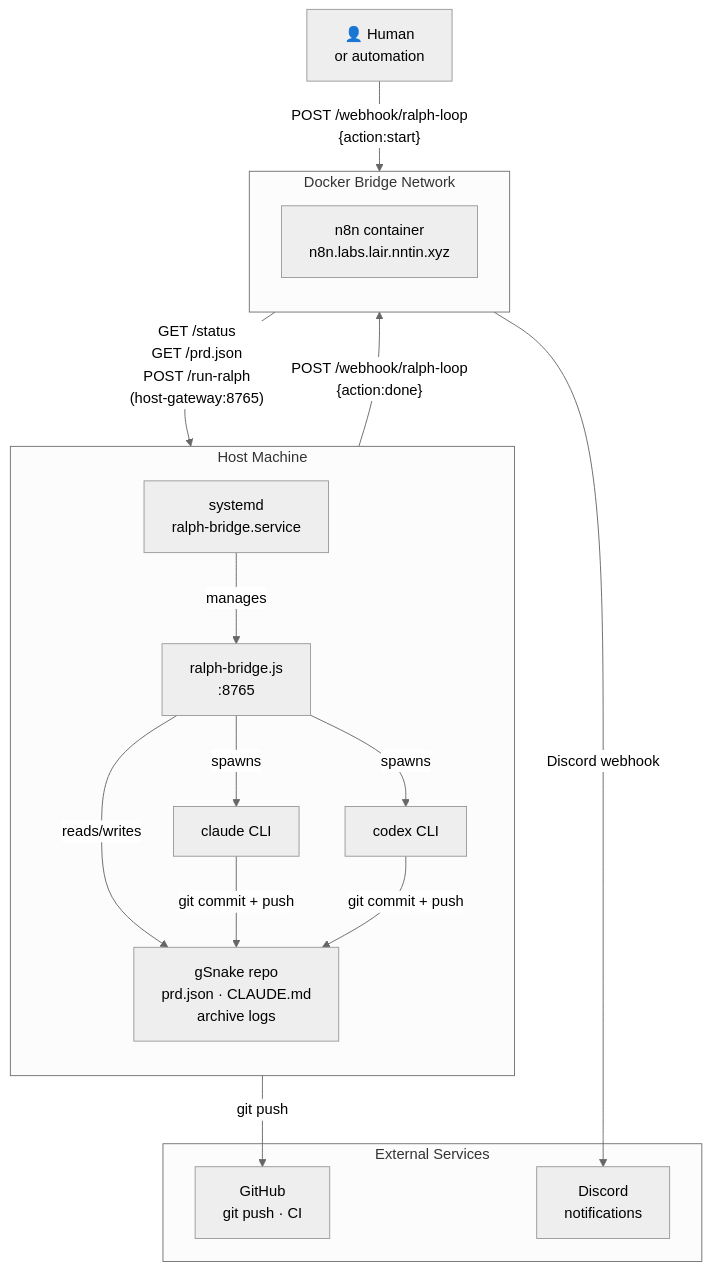
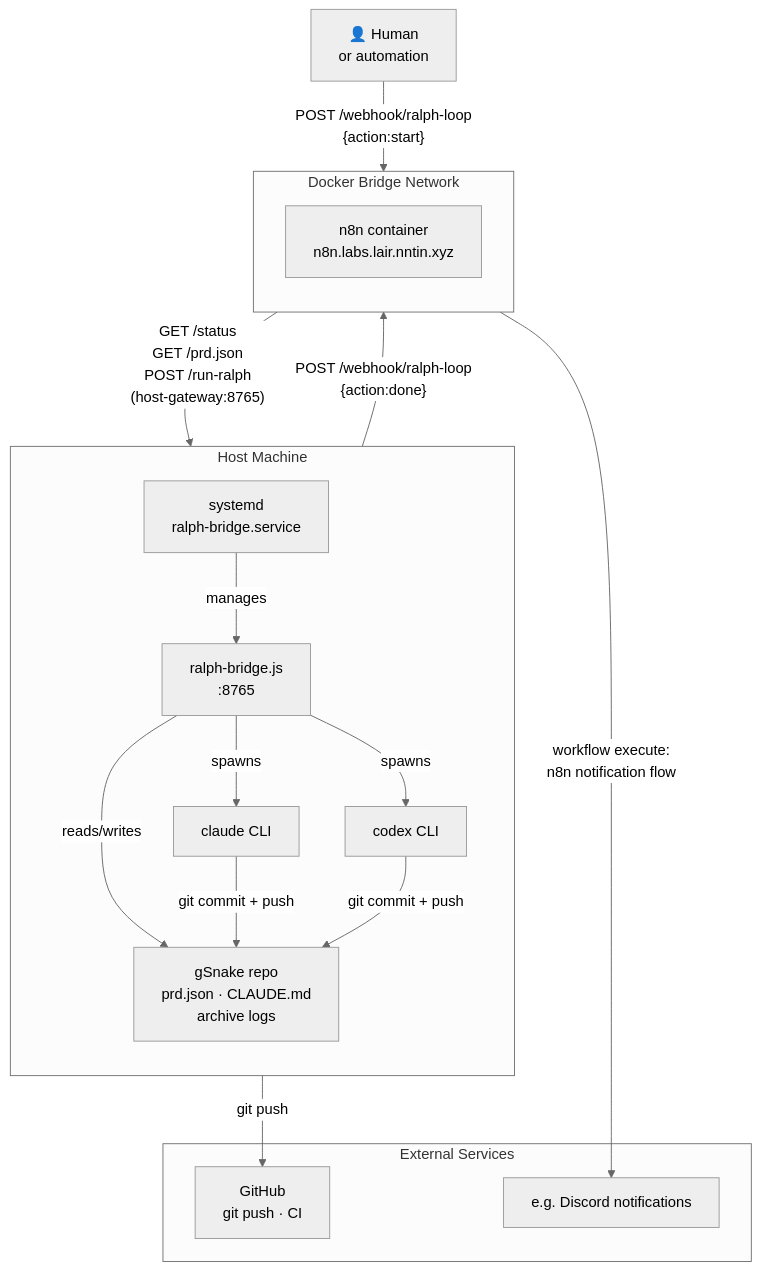
One commit to NNTin/gsnake-specs changed the first of 8 diagrams in ralph-loop/architecture.md. Above: the diagram before and after it, drawn with Mermaid (neutral theme). The commit also changed other lines of this file, not shown here.

Commit message:
separated from ralph flow notification layer

````diff
--- a/ralph-loop/architecture.md
+++ b/ralph-loop/architecture.md
@@ -12,47 +12,46 @@
 ```mermaid
 graph TB
     subgraph Host["Host Machine"]
         direction TB
         CLI_C["claude CLI"]
         CLI_X["codex CLI"]
         Bridge["ralph-bridge.js
         :8765"]
         Repo["gSnake repo
         prd.json · CLAUDE.md
         archive logs"]
         SD["systemd
         ralph-bridge.service"]
 
         SD -->|"manages"| Bridge
         Bridge -->|"spawns"| CLI_C
         Bridge -->|"spawns"| CLI_X
         Bridge -->|"reads/writes"| Repo
         CLI_C -->|"git commit + push"| Repo
         CLI_X -->|"git commit + push"| Repo
     end
 
     subgraph DockerNet["Docker Bridge Network"]
         direction TB
         N8N["n8n container
         n8n.labs.lair.nntin.xyz"]
     end
 
     subgraph External["External Services"]
         GH["GitHub
         git push · CI"]
-        Discord["Discord
-        notifications"]
+        Notification["e.g. Discord notifications"]
     end
 
     Human["👤 Human
     or automation"] -->|"POST /webhook/ralph-loop
     {action:start}"| N8N
     N8N -->|"GET /status
     GET /prd.json
     POST /run-ralph
     (host-gateway:8765)"| Bridge
     Bridge -->|"POST /webhook/ralph-loop
     {action:done}"| N8N
-    N8N -->|"Discord webhook"| Discord
+    N8N -->|"workflow execute:<br>n8n notification flow"| Notification
     Repo -->|"git push"| GH
 ```
````
